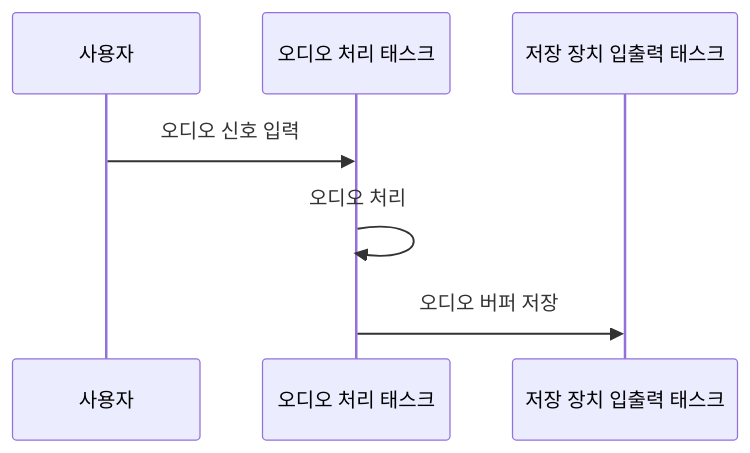
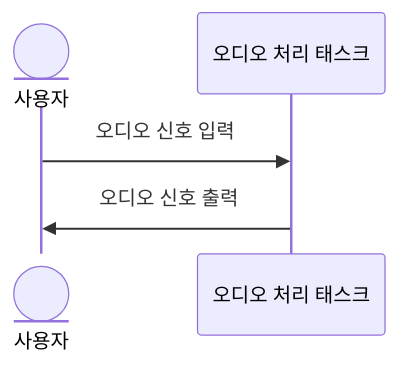
One commit to 10cheon00/rtos-loopstation changed the second of 10 diagrams in docs/software_design.md. Above: the diagram before and after it, drawn with Mermaid. The commit also changed other lines of this file and 1 other file, not shown here.

````diff
--- a/docs/software_design.md
+++ b/docs/software_design.md
@@ -22,11 +131,9 @@
     ``` mermaid
     sequenceDiagram 
         
-        participant 사용자
+        participant 사용자@{"type":"entity"}
         participant 오디오 처리 태스크
-        participant 저장 장치 입출력 태스크
-    
+        participant 오디오 처리 태스크
         사용자->>오디오 처리 태스크: 오디오 신호 입력
-        오디오 처리 태스크->>오디오 처리 태스크: 오디오 처리
-        오디오 처리 태스크->>저장 장치 입출력 태스크: 오디오 버퍼 저장
+        오디오 처리 태스크->>사용자: 오디오 신호 출력
     ```
````
